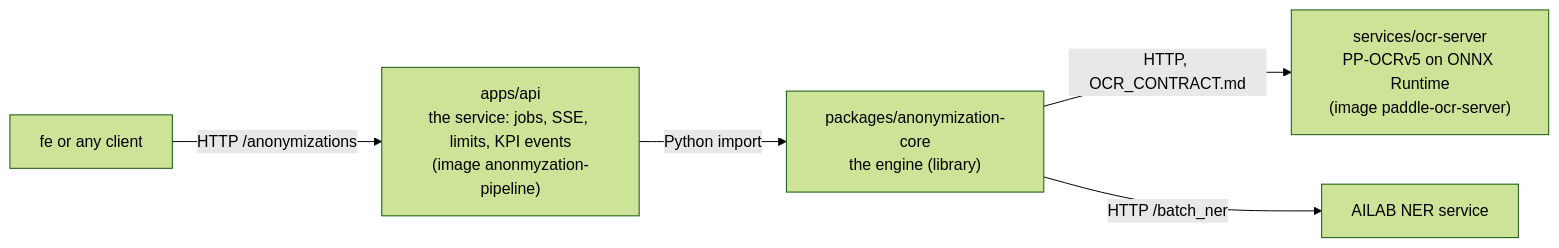
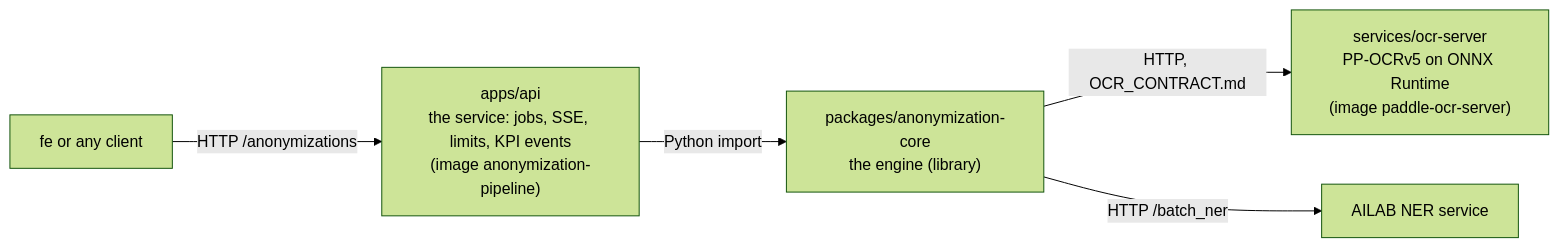
One commit to BVTECH-AILAB/anonymization-pipeline changed the second of 2 diagrams in README.md. Above: the diagram before and after it, drawn with Mermaid (forest theme). The commit also changed other lines of this file and 38 other files, not shown here.

First line of the commit message:
refactor: rename anonmyzation-pipeline to anonymization-pipeline

````diff
--- a/README.md
+++ b/README.md
@@ -162,7 +162,7 @@
 ```mermaid
 flowchart LR
     CLIENT["fe or any client"] -- "HTTP /anonymizations" --> API
-    API["apps/api<br/>the service: jobs, SSE, limits, KPI events<br/>(image anonmyzation-pipeline)"] -- "Python import" --> CORE
+    API["apps/api<br/>the service: jobs, SSE, limits, KPI events<br/>(image anonymization-pipeline)"] -- "Python import" --> CORE
     CORE["packages/anonymization-core<br/>the engine (library)"] -- "HTTP, OCR_CONTRACT.md" --> OCR["services/ocr-server<br/>PP-OCRv5 on ONNX Runtime<br/>(image paddle-ocr-server)"]
     CORE -- "HTTP /batch_ner" --> NER["AILAB NER service"]
 ```
````
